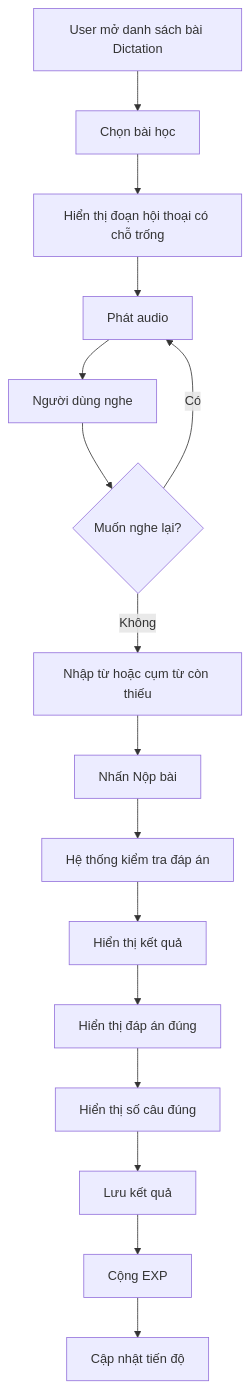
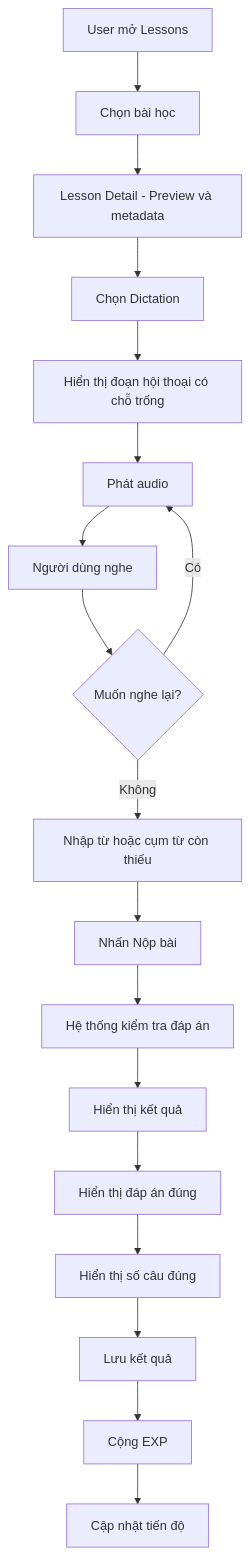
Before and after one commit to mrthinh307/kaiwa-up: the sixth of 14 diagrams in docs/03-user-flow.md, drawn with Mermaid. The commit also changed other lines of this file and 1 other file, not shown here.

Commit message:
docs(api): add completion counts for shadowing and dictation attempts

````diff
--- a/docs/03-user-flow.md
+++ b/docs/03-user-flow.md
@@ -230,26 +236,28 @@
 ```mermaid
 flowchart TD
-    A[User mở danh sách bài Dictation] --> B[Chọn bài học]
+    A[User mở Lessons] --> B[Chọn bài học]
+    B --> B1[Lesson Detail - Preview và metadata]
+    B1 --> B2[Chọn Dictation]
 
-    B --> C[Hiển thị đoạn hội thoại có chỗ trống]
+    B2 --> C[Hiển thị đoạn hội thoại có chỗ trống]
 
     C --> D[Phát audio]
     D --> E[Người dùng nghe]
 
     E --> F{Muốn nghe lại?}
 
     F -- Có --> D
     F -- Không --> G[Nhập từ hoặc cụm từ còn thiếu]
 
     G --> H[Nhấn Nộp bài]
 
     H --> I[Hệ thống kiểm tra đáp án]
 
     I --> J[Hiển thị kết quả]
     J --> K[Hiển thị đáp án đúng]
     K --> L[Hiển thị số câu đúng]
 
     L --> M[Lưu kết quả]
     M --> N[Cộng EXP]
     N --> O[Cập nhật tiến độ]
 ```
````
